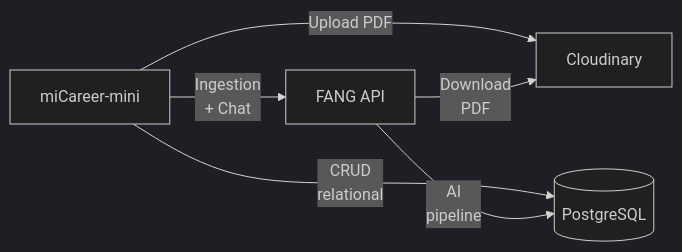
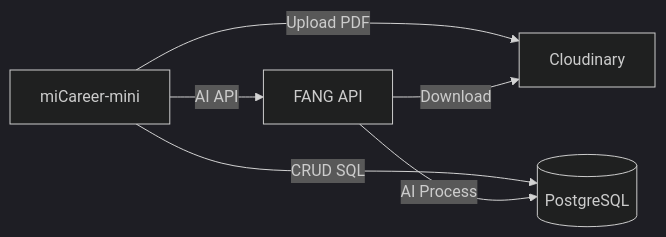
One commit to PTIT-TTCS-Team-5/miCareer-mini changed the second of 2 diagrams in docs/candidate_apply_strategy.md. Above: the diagram before and after it, drawn with Mermaid (dark theme).

Commit message:
docs: đồng bộ phong cách sơ đồ Mermaid rút gọn cho frontend

````diff
--- a/docs/candidate_apply_strategy.md
+++ b/docs/candidate_apply_strategy.md
@@ -274,8 +274,8 @@
 ```mermaid
 graph LR
     A[miCareer-mini] -->|Upload PDF| B[Cloudinary]
-    A -->|CRUD<br/>relational| C[(PostgreSQL)]
-    A -->|Ingestion<br/>+ Chat| D[FANG API]
-    D -->|Download<br/>PDF| B
-    D -->|AI<br/>pipeline| C
+    A -->|CRUD SQL| C[(PostgreSQL)]
+    A -->|AI API| D[FANG API]
+    D -->|Download| B
+    D -->|AI Process| C
 ```
````
